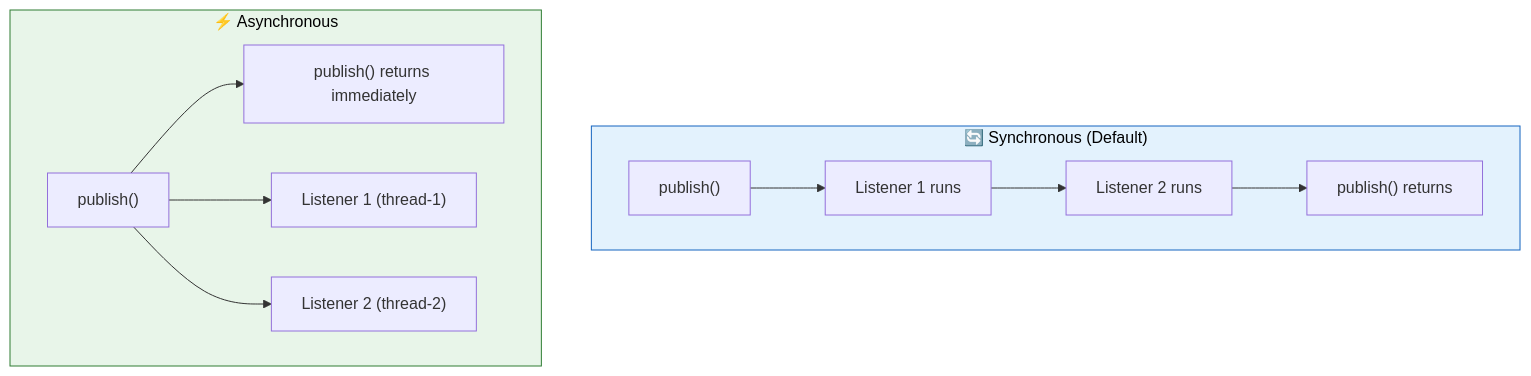
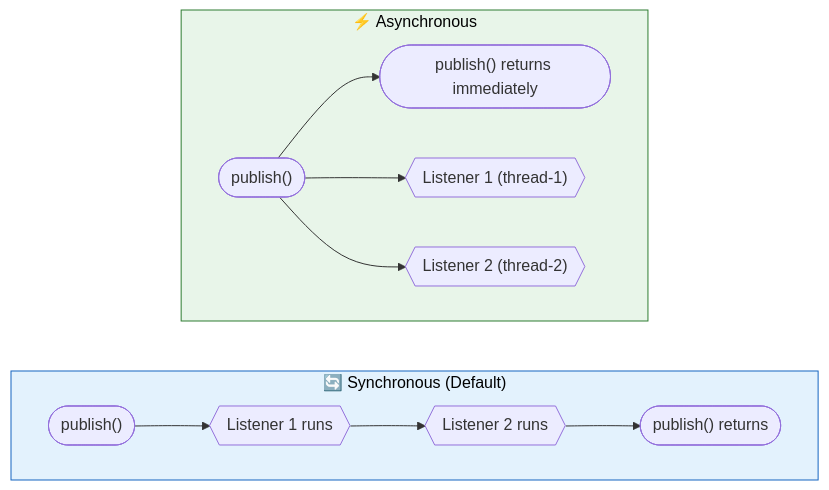
The third of 3 diagrams in docs/springboot/events.md (saivamsikaruturi/vamsilabs-dev-notes-main), drawn with Mermaid before and after one commit. The commit also changed other lines of this file and 146 other files, not shown here.

Commit message:
Horizontal diagrams, UML class diagrams, typography overhaul, and permalink cleanup

````diff
--- a/docs/springboot/events.md
+++ b/docs/springboot/events.md
@@ -94,17 +235,19 @@
 ```mermaid
-flowchart TD
+flowchart LR
     subgraph Sync["🔄 Synchronous (Default)"]
-        S1["publish()"] --> S2["Listener 1 runs"]
-        S2 --> S3["Listener 2 runs"]
-        S3 --> S4["publish() returns"]
+        direction LR
+        S1(["publish()"]) --> S2{{"Listener 1 runs"}}
+        S2 --> S3{{"Listener 2 runs"}}
+        S3 --> S4(["publish() returns"])
     end
 
     subgraph Async["⚡ Asynchronous"]
-        A1["publish()"] --> A2["publish() returns immediately"]
-        A1 --> A3["Listener 1 (thread-1)"]
-        A1 --> A4["Listener 2 (thread-2)"]
+        direction LR
+        A1(["publish()"]) --> A2(["publish() returns immediately"])
+        A1 --> A3{{"Listener 1 (thread-1)"}}
+        A1 --> A4{{"Listener 2 (thread-2)"}}
     end
 
     style Sync fill:#E3F2FD,stroke:#1565C0,color:#000
     style Async fill:#E8F5E9,stroke:#2E7D32,color:#000
 ```
````
